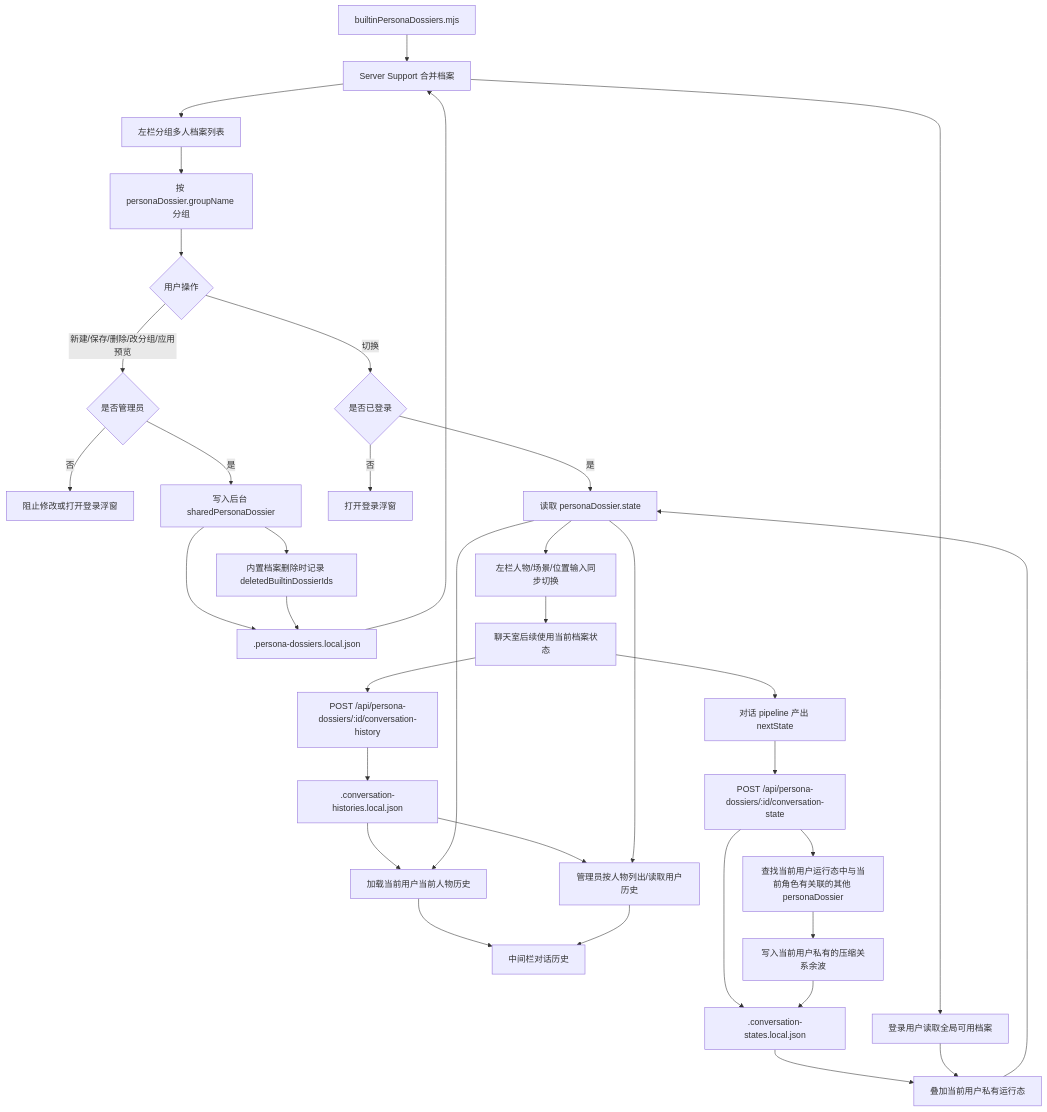
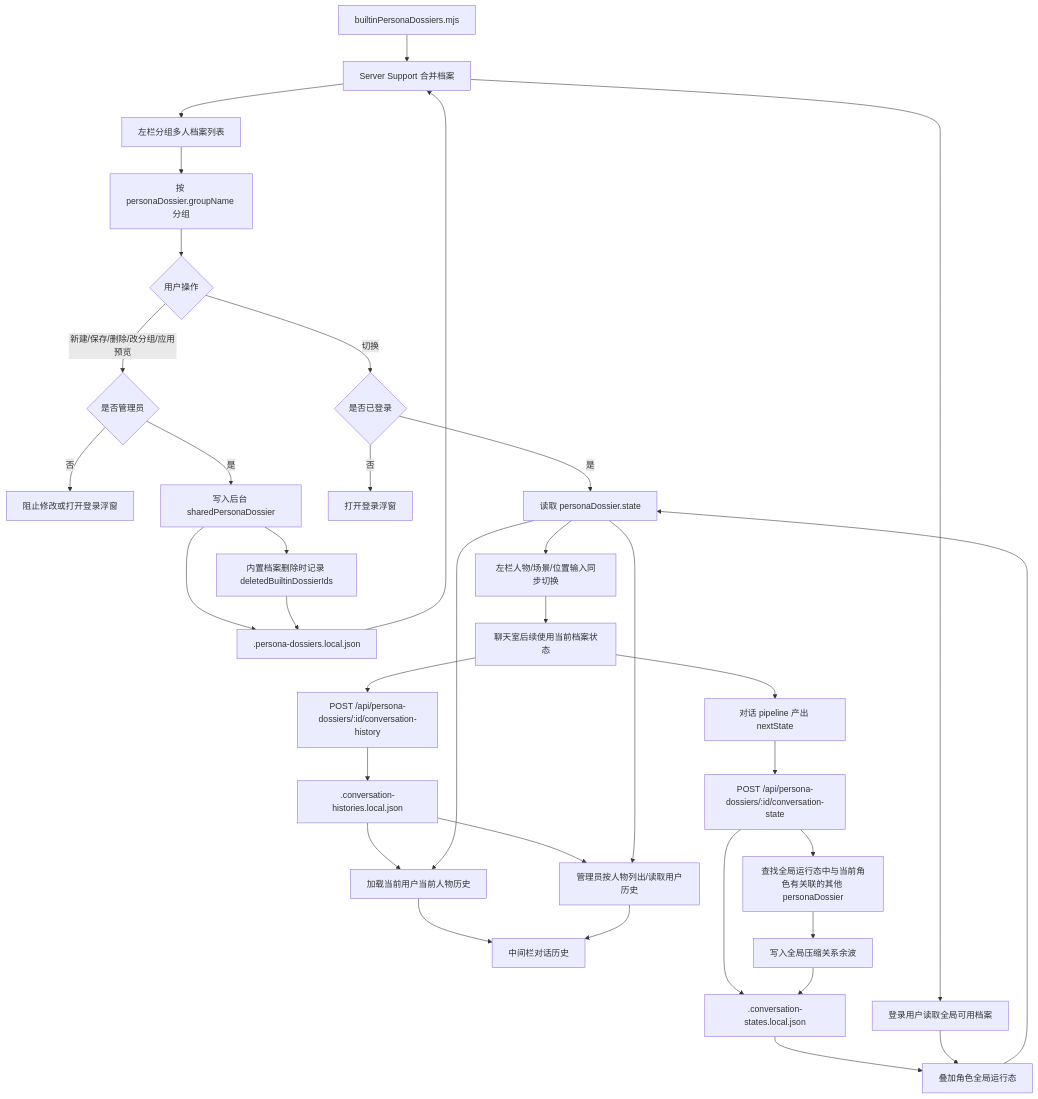
One commit to ttmanthatman/virtual-human-flow changed the ninth of 31 diagrams in docs/SYSTEM_FLOW.md. Above: the diagram before and after it, drawn with Mermaid. The commit also changed other lines of this file and 18 other files, not shown here.

First line of the commit message:
feat: add global persona conversation state

````diff
--- a/docs/SYSTEM_FLOW.md
+++ b/docs/SYSTEM_FLOW.md
@@ -240,37 +240,37 @@
 ```mermaid
 flowchart TD
     BUILTIN[builtinPersonaDossiers.mjs] --> MERGE[Server Support 合并档案]
     STORE[.persona-dossiers.local.json] --> MERGE
     MERGE --> A[左栏分组多人档案列表]
     A --> GROUP[按 personaDossier.groupName 分组]
     GROUP --> B{用户操作}
     B -- 新建/保存/删除/改分组/应用预览 --> ADMIN{是否管理员}
     ADMIN -- 否 --> BLOCK[阻止修改或打开登录浮窗]
     ADMIN -- 是 --> C[写入后台 sharedPersonaDossier]
     B -- 切换 --> LOGIN{是否已登录}
     LOGIN -- 否 --> POP[打开登录浮窗]
     LOGIN -- 是 --> D[读取 personaDossier.state]
     C --> STORE
     C --> TOMBSTONE[内置档案删除时记录 deletedBuiltinDossierIds]
     TOMBSTONE --> STORE
-    USERSTORE[.conversation-states.local.json] --> OVERLAY[叠加当前用户私有运行态]
+    USERSTORE[.conversation-states.local.json] --> OVERLAY[叠加角色全局运行态]
     HISTSTORE[.conversation-histories.local.json] --> CHATLOAD[加载当前用户当前人物历史]
     HISTSTORE --> ADMINHIST[管理员按人物列出/读取用户历史]
     MERGE --> READ[登录用户读取全局可用档案]
     READ --> OVERLAY
     OVERLAY --> D
     D --> H[左栏人物/场景/位置输入同步切换]
     D --> CHATLOAD
     D --> ADMINHIST
     CHATLOAD --> CHATUI[中间栏对话历史]
     ADMINHIST --> CHATUI
     H --> I[聊天室后续使用当前档案状态]
     I --> J[对话 pipeline 产出 nextState]
     I --> SAVEHIST[POST /api/persona-dossiers/:id/conversation-history]
     SAVEHIST --> HISTSTORE
     J --> K[POST /api/persona-dossiers/:id/conversation-state]
     K --> USERSTORE
-    K --> R[查找当前用户运行态中与当前角色有关联的其他 personaDossier]
-    R --> N[写入当前用户私有的压缩关系余波]
+    K --> R[查找全局运行态中与当前角色有关联的其他 personaDossier]
+    R --> N[写入全局压缩关系余波]
     N --> USERSTORE
 ```
````
